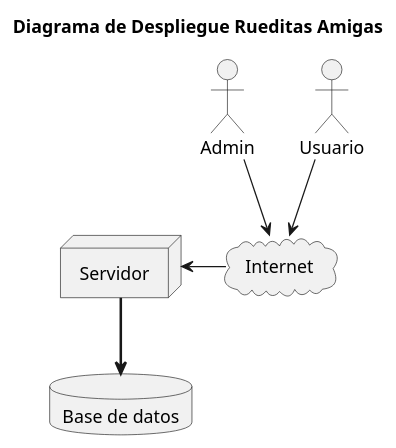
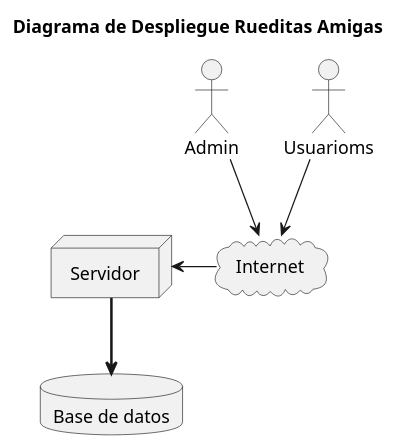
The diagram in diagrams/DiagramaDeDespliegue.puml (lrizzitano/RueditasAmigasDespliegue), drawn with PlantUML before and after one commit. The commit also changed 4 other files, not shown here.

```diff
--- a/diagrams/DiagramaDeDespliegue.puml
+++ b/diagrams/DiagramaDeDespliegue.puml
@@ -1,22 +1,22 @@
 @startuml Diagrama de Despliegue Rueditas Amigas
 'https://plantuml.com/deployment-diagram
 
 title Diagrama de Despliegue Rueditas Amigas
 
 
 actor "Admin"
-actor "Usuario"
+actor "Usuarioms"
 
 cloud "Internet"
 
 node "Servidor"
 
 database "Base de datos"
 
-"Usuario" --> "Internet"
+"Usuarioms" --> "Internet"
 "Admin" --> "Internet"
 
 "Internet" -l-> "Servidor"
 
 "Servidor" -[bold]-> "Base de datos"
 @enduml
```
